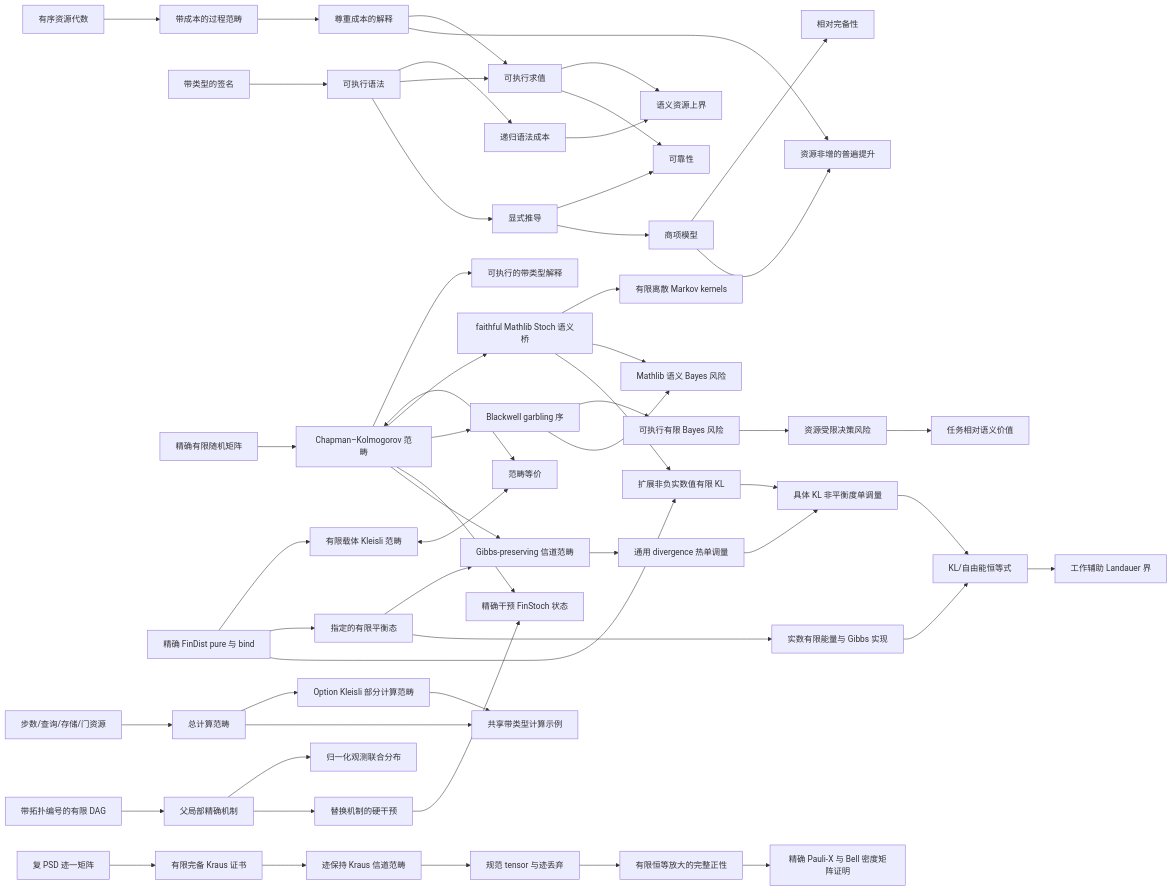
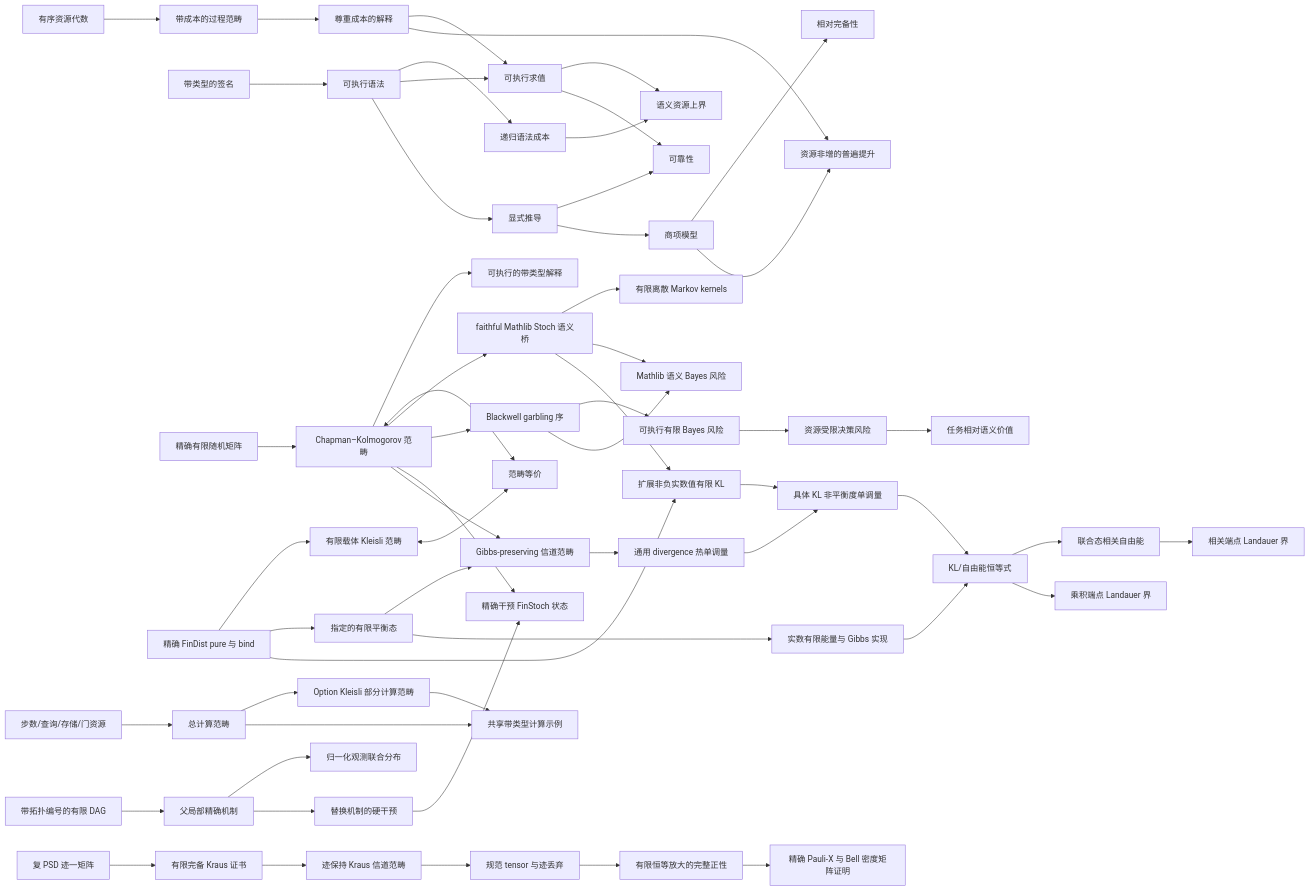
The diagram in docs/README.zh-CN.md (miuchan/ript), drawn with Mermaid before and after one commit. The commit also changed other lines of this file and 14 other files, not shown here.

````diff
--- a/docs/README.zh-CN.md
+++ b/docs/README.zh-CN.md
@@ -836,57 +862,59 @@
 ```mermaid
 flowchart LR
   R["有序资源代数"] --> C["带成本的过程范畴"]
   S["带类型的签名"] --> X["可执行语法"]
   X --> K["递归语法成本"]
   C --> I["尊重成本的解释"]
   X --> E["可执行求值"]
   I --> E
   K --> B["语义资源上界"]
   E --> B
   X --> D["显式推导"]
   D --> SO["可靠性"]
   E --> SO
   D --> T["商项模型"]
   T --> CO["相对完备性"]
   I --> U["资源非增的普遍提升"]
   T --> U
   F["精确有限随机矩阵"] --> CK["Chapman–Kolmogorov 范畴"]
   CK --> EX["可执行的带类型解释"]
   FD["精确 FinDist pure 与 bind"] --> KL["有限载体 Kleisli 范畴"]
   CK <--> EQ["范畴等价"]
   KL <--> EQ
   CK --> ST["faithful Mathlib Stoch 语义桥"]
   ST --> MT["有限离散 Markov kernels"]
   CK --> BW["Blackwell garbling 序"]
   ST --> SB["Mathlib 语义 Bayes 风险"]
   BW --> FR["可执行有限 Bayes 风险"]
   FR --> RR["资源受限决策风险"]
   RR --> SV["任务相对语义价值"]
   BW --> SB
   CR["步数/查询/存储/门资源"] --> TC["总计算范畴"]
   TC --> PC["Option Kleisli 部分计算范畴"]
   TC --> CE["共享带类型计算示例"]
   PC --> CE
   DAG["带拓扑编号的有限 DAG"] --> CM["父局部精确机制"]
   CM --> OJ["归一化观测联合分布"]
   CM --> DO["替换机制的硬干预"]
   DO --> IS["精确干预 FinStoch 状态"]
   CK --> IS
   FD --> TE["指定的有限平衡态"]
   CK --> GP["Gibbs-preserving 信道范畴"]
   TE --> GP
   GP --> TM["通用 divergence 热单调量"]
   FD --> FKL["扩展非负实数值有限 KL"]
   ST --> FKL
   FKL --> KTM["具体 KL 非平衡度单调量"]
   TM --> KTM
   TE --> GD["实数有限能量与 Gibbs 实现"]
   GD --> FE["KL/自由能恒等式"]
   KTM --> FE
-  FE --> LW["工作辅助 Landauer 界"]
+  FE --> Corr["联合态相关自由能"]
+  FE --> LW["乘积端点 Landauer 界"]
+  Corr --> CLW["相关端点 Landauer 界"]
   QB["复 PSD 迹一矩阵"] --> QK["有限完备 Kraus 证书"]
   QK --> QC["迹保持 Kraus 信道范畴"]
   QC --> QT["规范 tensor 与迹丢弃"]
   QT --> QP["有限恒等放大的完整正性"]
   QP --> QX["精确 Pauli-X 与 Bell 密度矩阵证明"]
 ```
````
